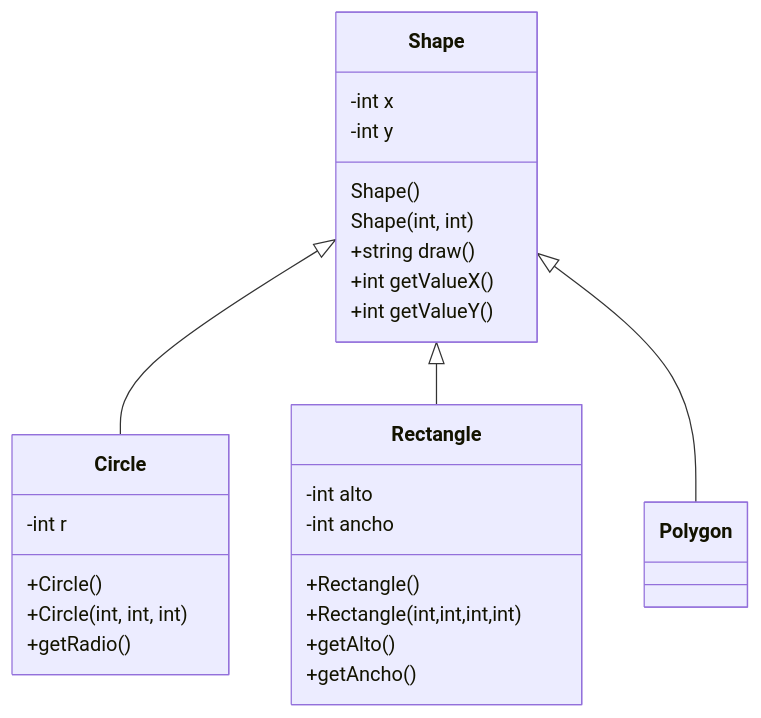
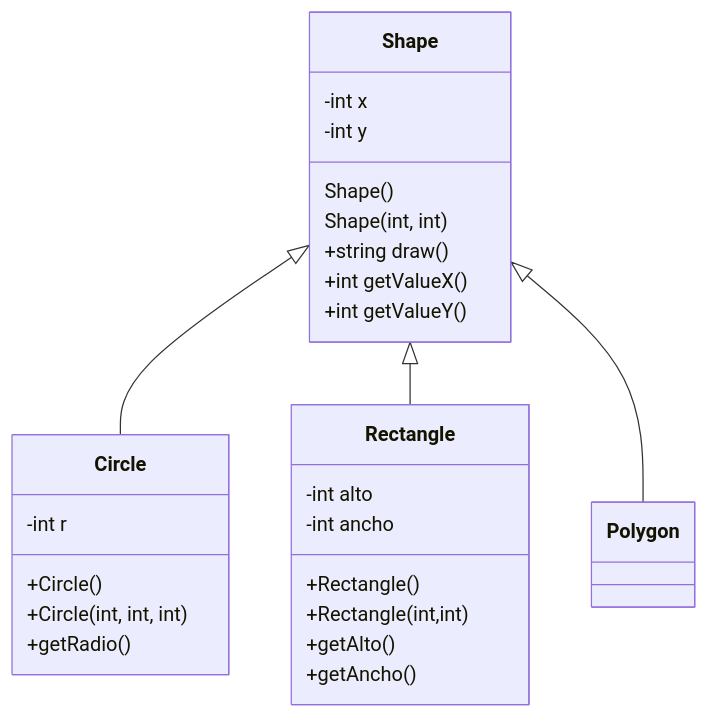
One commit to Jacks3262/TC1030.cpp.herencia changed the first of 2 diagrams in assignments/01-ShapeCircleRectanglePolygon/README.md. Above: the diagram before and after it, drawn with Mermaid.

````diff
--- a/assignments/01-ShapeCircleRectanglePolygon/README.md
+++ b/assignments/01-ShapeCircleRectanglePolygon/README.md
@@ -5,31 +5,31 @@
 ```mermaid
 classDiagram
       Shape <|-- Circle
       Shape <|-- Rectangle
       Shape <|-- Polygon
       Shape:-int x
       Shape:-int y
       Shape:Shape()
       Shape:Shape(int, int)
       Shape:+string draw()
       Shape:+int getValueX()
       Shape:+int getValueY()
       class Circle {
         -int r
         +Circle()
         +Circle(int, int, int)
         +getRadio()
       }
       class Rectangle {    
         -int alto
         -int ancho 
         +Rectangle()
-        +Rectangle(int,int,int,int)
+        +Rectangle(int,int)
         +getAlto()
         +getAncho()   
       }
       class Polygon {
       }
         
 
 ```
````
